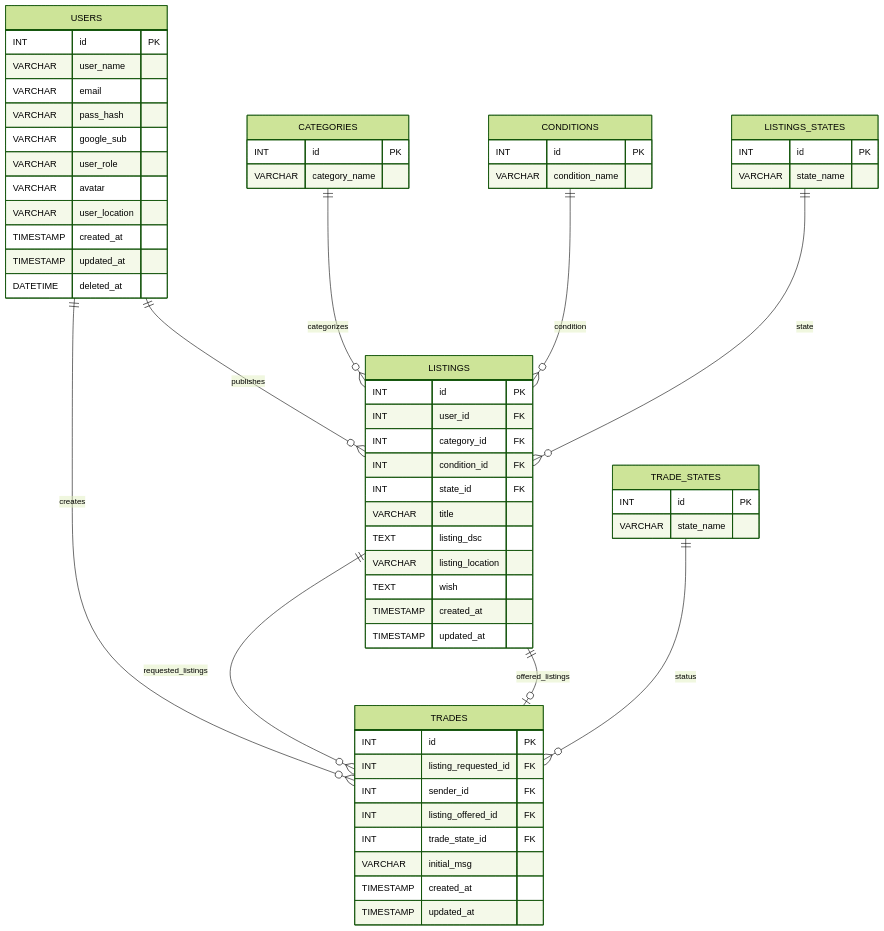
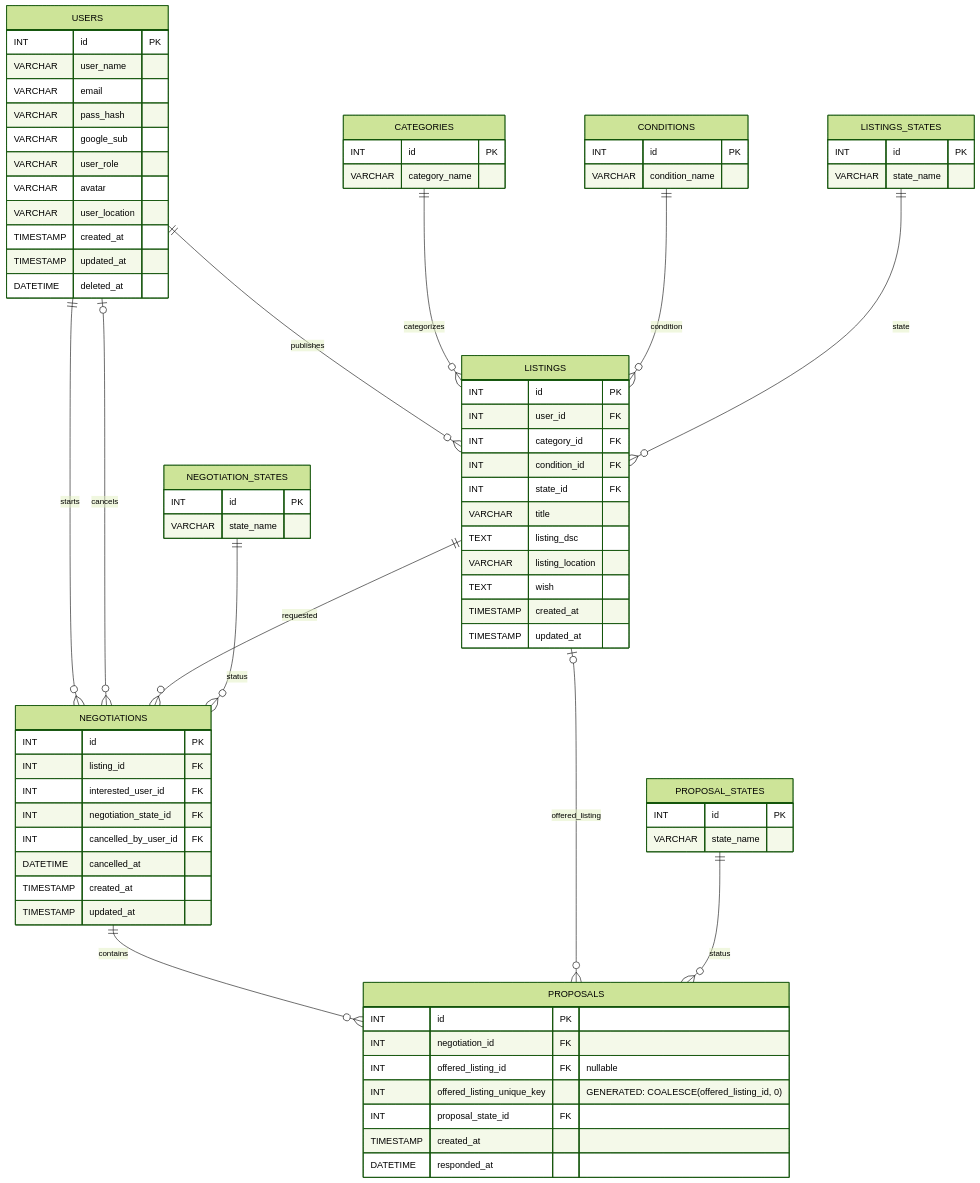
Before and after one commit to djunho/daka: the first of 2 diagrams in srcs/services/mariadb/dakaERD.md, drawn with Mermaid (forest theme). The commit also changed other lines of this file and 19 other files, not shown here.

First line of the commit message:
FEAT/negotiations: implement negotiation and proposal model (#126)

````diff
--- a/srcs/services/mariadb/dakaERD.md
+++ b/srcs/services/mariadb/dakaERD.md
@@ -34,7 +34,12 @@
         VARCHAR state_name
     }
 
-    TRADE_STATES {
+    NEGOTIATION_STATES {
+        INT id PK
+        VARCHAR state_name
+    }
+
+    PROPOSAL_STATES {
         INT id PK
         VARCHAR state_name
     }
@@ -53,15 +58,25 @@
         TIMESTAMP updated_at
     }
 
-    TRADES {
+    NEGOTIATIONS {
         INT id PK
-        INT listing_requested_id FK
-        INT sender_id FK
-        INT listing_offered_id FK
-        INT trade_state_id FK
-        VARCHAR initial_msg
+        INT listing_id FK
+        INT interested_user_id FK
+        INT negotiation_state_id FK
+        INT cancelled_by_user_id FK
+        DATETIME cancelled_at
         TIMESTAMP created_at
         TIMESTAMP updated_at
+    }
+
+    PROPOSALS {
+        INT id PK
+        INT negotiation_id FK
+        INT offered_listing_id FK "nullable"
+        INT offered_listing_unique_key "GENERATED: COALESCE(offered_listing_id, 0)"
+        INT proposal_state_id FK
+        TIMESTAMP created_at
+        DATETIME responded_at
     }
 
     USERS ||--o{ LISTINGS : publishes
@@ -69,8 +84,12 @@
     CONDITIONS ||--o{ LISTINGS : condition
     LISTINGS_STATES ||--o{ LISTINGS : state
 
-    USERS ||--o{ TRADES : creates
-    LISTINGS ||--o{ TRADES : requested_listings
-    LISTINGS ||--o| TRADES : offered_listings
-    TRADE_STATES ||--o{ TRADES : status
+    USERS ||--o{ NEGOTIATIONS : starts
+    USERS o|--o{ NEGOTIATIONS : cancels
+    LISTINGS ||--o{ NEGOTIATIONS : requested
+    NEGOTIATION_STATES ||--o{ NEGOTIATIONS : status
+
+    NEGOTIATIONS ||--o{ PROPOSALS : contains
+    LISTINGS o|--o{ PROPOSALS : offered_listing
+    PROPOSAL_STATES ||--o{ PROPOSALS : status
 ```
````
